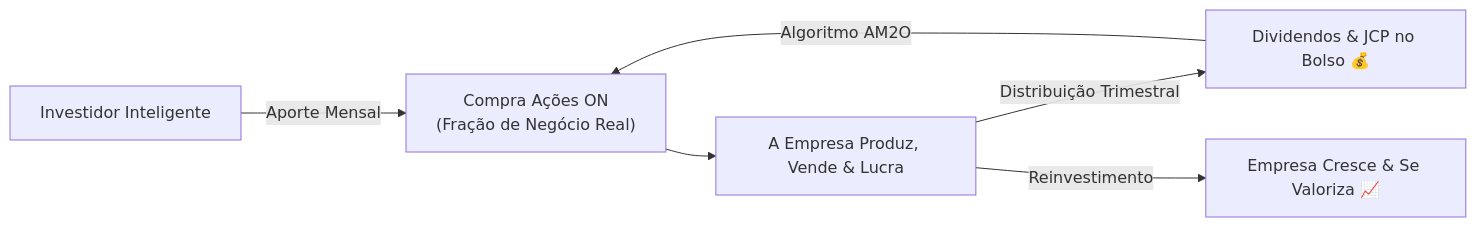
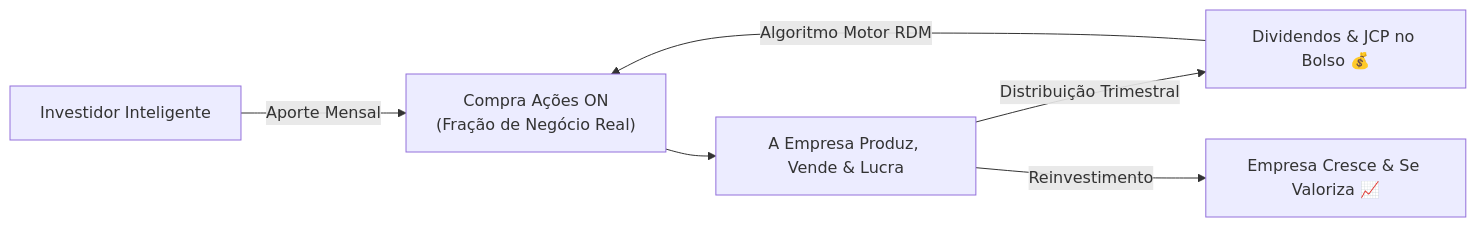
The diagram in src/data/academy/lessons/modulo-4/aula-4-1.md (Rickss100/Davi-Hidra), drawn with Mermaid before and after one commit. The commit also changed other lines of this file and 43 other files, not shown here.

Commit message:
feat(academy): higienizacao completa das 30 aulas e manuais para MANTFRAI, Filtro MFS e Motor RDM

````diff
--- a/src/data/academy/lessons/modulo-4/aula-4-1.md
+++ b/src/data/academy/lessons/modulo-4/aula-4-1.md
@@ -79,8 +79,8 @@
 ```mermaid
 flowchart LR
     A["Investidor Inteligente"] -->|Aporte Mensal| B["Compra Ações ON<br/>(Fração de Negócio Real)"]
     B --> C["A Empresa Produz, Vende & Lucra"]
     C -->|Distribuição Trimestral| D["Dividendos & JCP no Bolso 💰"]
     C -->|Reinvestimento| E["Empresa Cresce & Se Valoriza 📈"]
-    D -->|Algoritmo AM2O| B
+    D -->|Algoritmo Motor RDM| B
 ```
````
